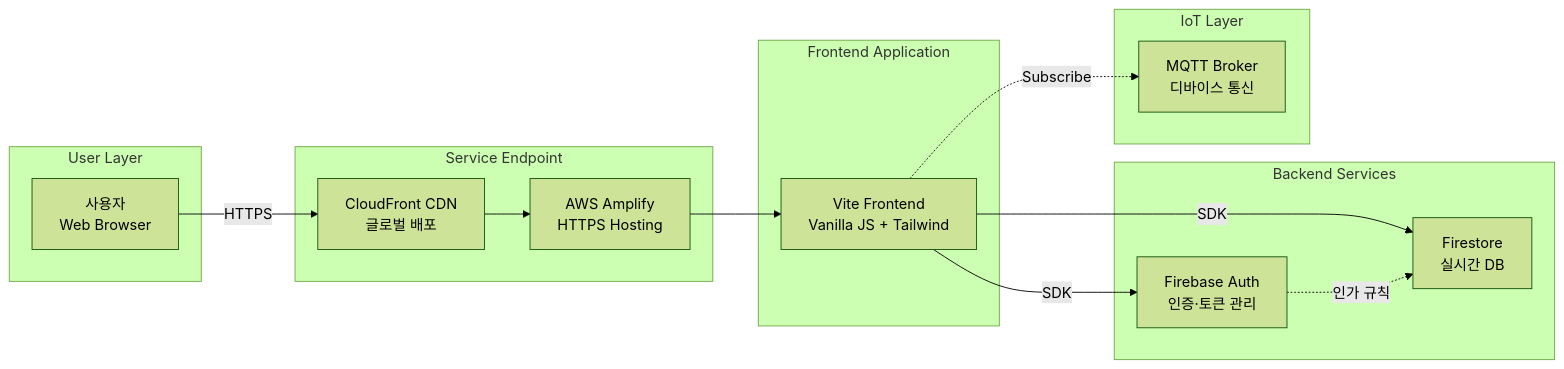
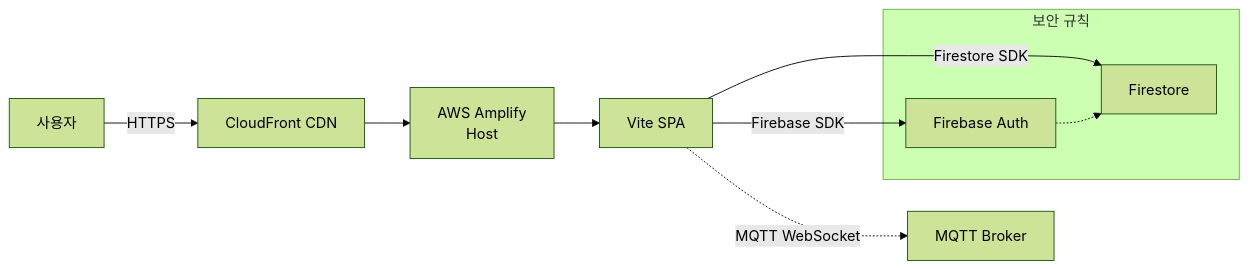
The first of 2 diagrams in docs/2.0아키텍처.md (zenit9hub/aiot-device-manager), drawn with Mermaid (forest theme) before and after one commit. The commit also changed other lines of this file, not shown here.

Commit message:
Refine architecture roadmap

````diff
--- a/docs/2.0아키텍처.md
+++ b/docs/2.0아키텍처.md
@@ -81,32 +37,12 @@
 ```mermaid
 graph LR
-    subgraph "User Layer"
-        U[사용자<br/>Web Browser]
+    U[사용자] -->|HTTPS| CDN[CloudFront CDN]
+    CDN --> AMP[AWS Amplify<br/>Host]
+    AMP --> FE[Vite SPA]
+    FE -->|Firebase SDK| AUTH[Firebase Auth]
+    FE -->|Firestore SDK| FS[Firestore]
+    FE -.->|MQTT WebSocket| MQTT[MQTT Broker]
+    subgraph "보안 규칙"
+        AUTH -.-> FS
     end
-    
-    subgraph "Service Endpoint"
-        AMP[AWS Amplify<br/>HTTPS Hosting]
-        CDN[CloudFront CDN<br/>글로벌 배포]
-    end
-    
-    subgraph "Frontend Application"
-        FE[Vite Frontend<br/>Vanilla JS + Tailwind]
-    end
-    
-    subgraph "Backend Services"
-        AUTH[Firebase Auth<br/>인증·토큰 관리]
-        FS[Firestore<br/>실시간 DB]
-    end
-    
-    subgraph "IoT Layer"
-        MQTT[MQTT Broker<br/>디바이스 통신]
-    end
-    
-    U -->|HTTPS| CDN
-    CDN --> AMP
-    AMP --> FE
-    FE -->|SDK| AUTH
-    FE -->|SDK| FS
-    FE -.->|Subscribe| MQTT
-    AUTH -.->|인가 규칙| FS
 ```
````
